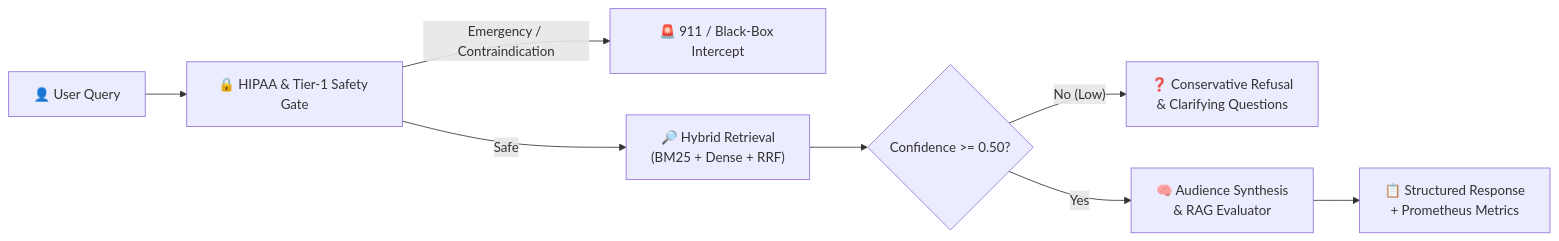
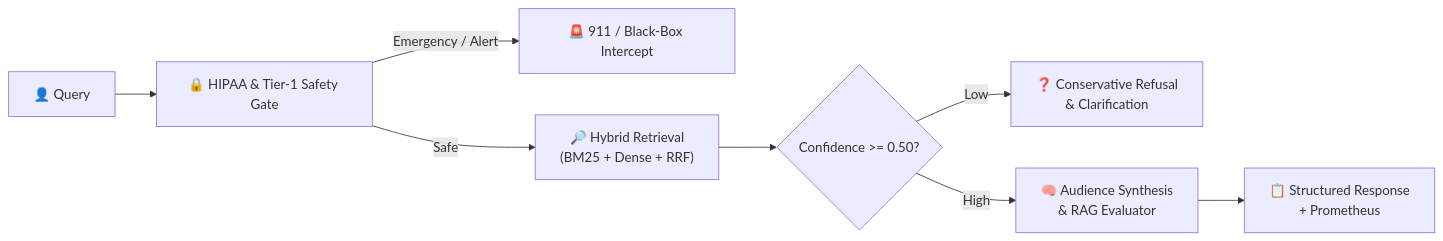
One commit to omkamble0/Medical-Rag-Assistant changed the diagram in README.md. Above: the diagram before and after it, drawn with Mermaid. The commit also changed other lines of this file, not shown here.

Commit message:
docs: streamline and condense README for recruiters with compact architecture and scannable tech stack

````diff
--- a/README.md
+++ b/README.md
@@ -37,10 +20,10 @@
 ```mermaid
 flowchart LR
-    A["👤 User Query"] --> B["🔒 HIPAA & Tier-1 Safety Gate"]
-    B -- "Emergency / Contraindication" --> E1["🚨 911 / Black-Box Intercept"]
+    A["👤 Query"] --> B["🔒 HIPAA & Tier-1 Safety Gate"]
+    B -- "Emergency / Alert" --> E1["🚨 911 / Black-Box Intercept"]
     B -- "Safe" --> C["🔎 Hybrid Retrieval<br/>(BM25 + Dense + RRF)"]
     C --> D{"Confidence >= 0.50?"}
-    D -- "No (Low)" --> E2["❓ Conservative Refusal<br/>& Clarifying Questions"]
-    D -- "Yes" --> E["🧠 Audience Synthesis<br/>& RAG Evaluator"]
-    E --> F["📋 Structured Response<br/>+ Prometheus Metrics"]
+    D -- "Low" --> E2["❓ Conservative Refusal<br/>& Clarification"]
+    D -- "High" --> E["🧠 Audience Synthesis<br/>& RAG Evaluator"]
+    E --> F["📋 Structured Response<br/>+ Prometheus"]
 ```
````
